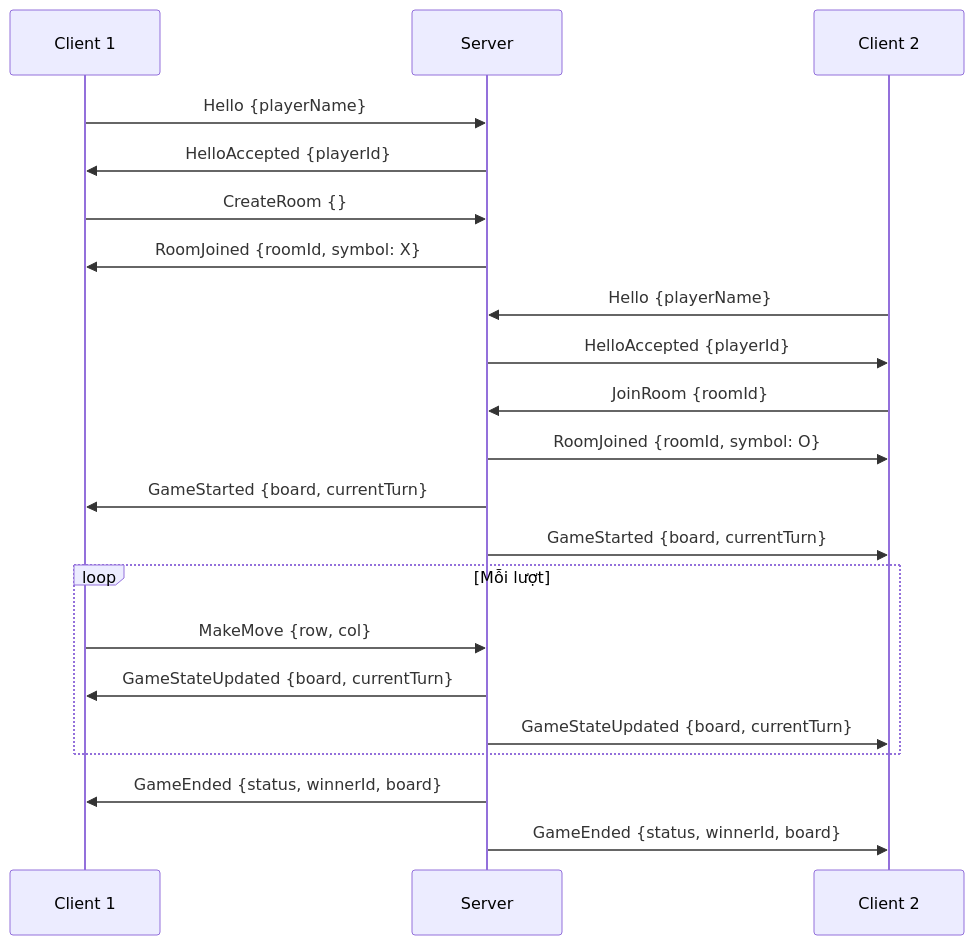
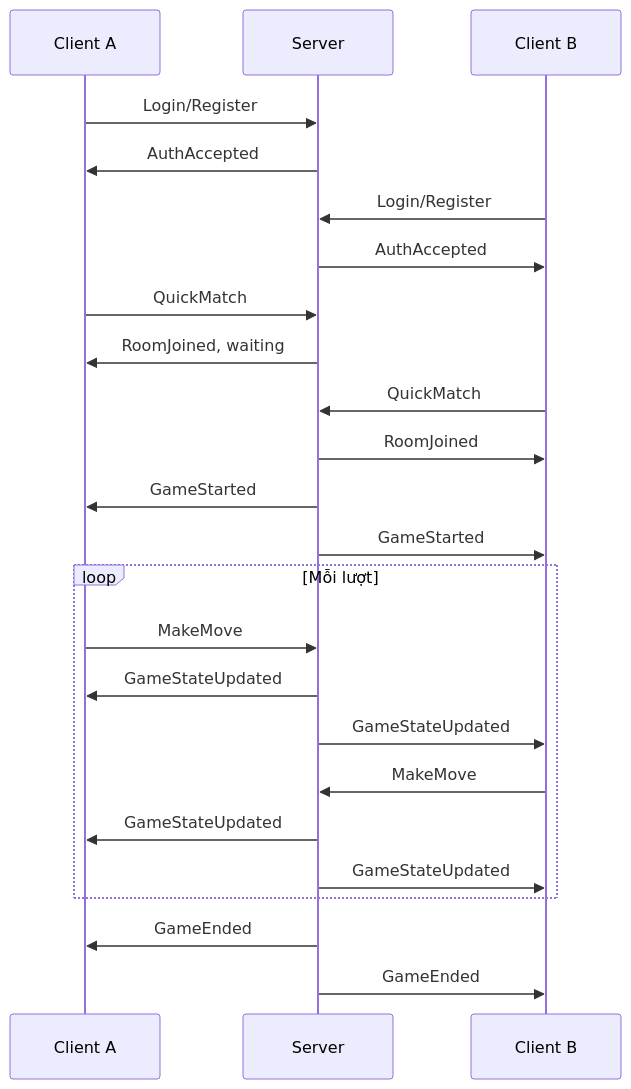
The second of 2 diagrams in README.md (Chouwzi/CaroNet), drawn with Mermaid before and after one commit. The commit also changed other lines of this file, not shown here.

````diff
--- a/README.md
+++ b/README.md
@@ -64,29 +208,30 @@
 ```mermaid
 sequenceDiagram
-    participant C1 as Client 1
+    participant A as Client A
     participant S as Server
-    participant C2 as Client 2
+    participant B as Client B
 
-    C1->>S: Hello {playerName}
-    S->>C1: HelloAccepted {playerId}
+    A->>S: Login/Register
+    S->>A: AuthAccepted
+    B->>S: Login/Register
+    S->>B: AuthAccepted
 
-    C1->>S: CreateRoom {}
-    S->>C1: RoomJoined {roomId, symbol: X}
-
-    C2->>S: Hello {playerName}
-    S->>C2: HelloAccepted {playerId}
-
-    C2->>S: JoinRoom {roomId}
-    S->>C2: RoomJoined {roomId, symbol: O}
-    S->>C1: GameStarted {board, currentTurn}
-    S->>C2: GameStarted {board, currentTurn}
+    A->>S: QuickMatch
+    S->>A: RoomJoined, waiting
+    B->>S: QuickMatch
+    S->>B: RoomJoined
+    S->>A: GameStarted
+    S->>B: GameStarted
 
     loop Mỗi lượt
-        C1->>S: MakeMove {row, col}
-        S->>C1: GameStateUpdated {board, currentTurn}
-        S->>C2: GameStateUpdated {board, currentTurn}
+        A->>S: MakeMove
+        S->>A: GameStateUpdated
+        S->>B: GameStateUpdated
+        B->>S: MakeMove
+        S->>A: GameStateUpdated
+        S->>B: GameStateUpdated
     end
 
-    S->>C1: GameEnded {status, winnerId, board}
-    S->>C2: GameEnded {status, winnerId, board}
+    S->>A: GameEnded
+    S->>B: GameEnded
 ```
````
